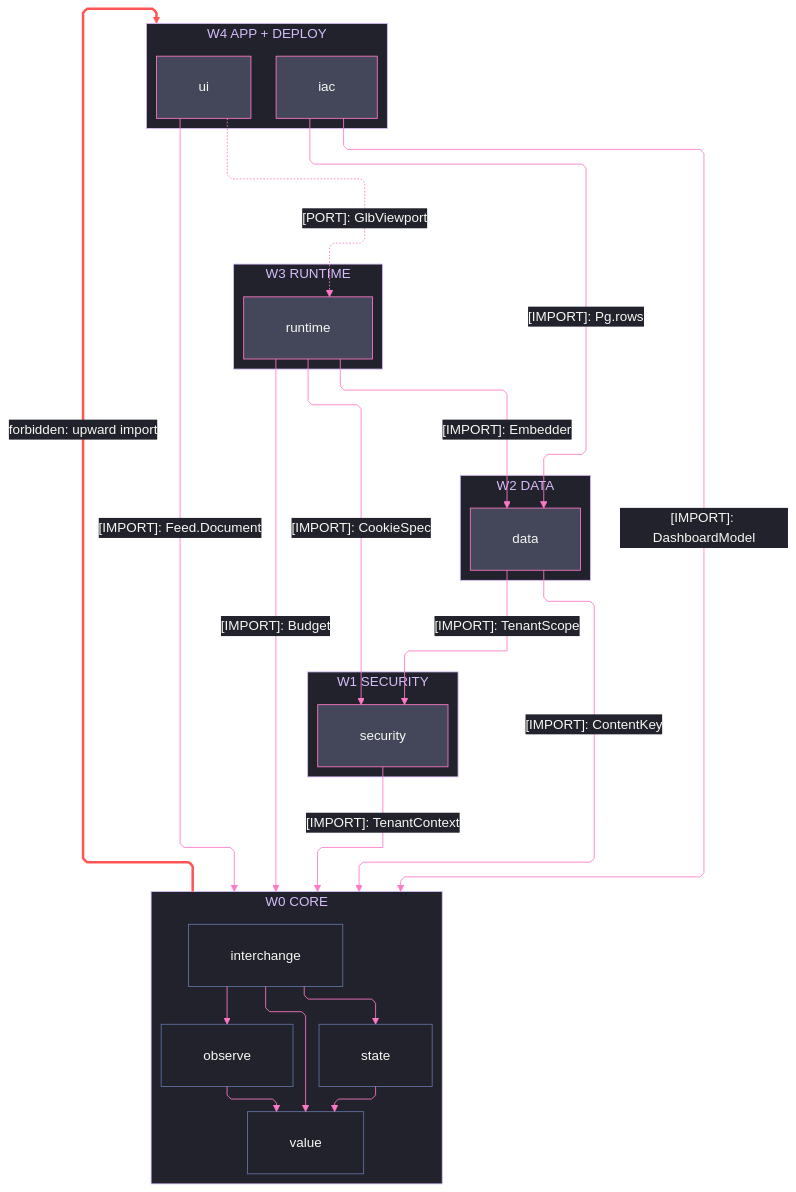
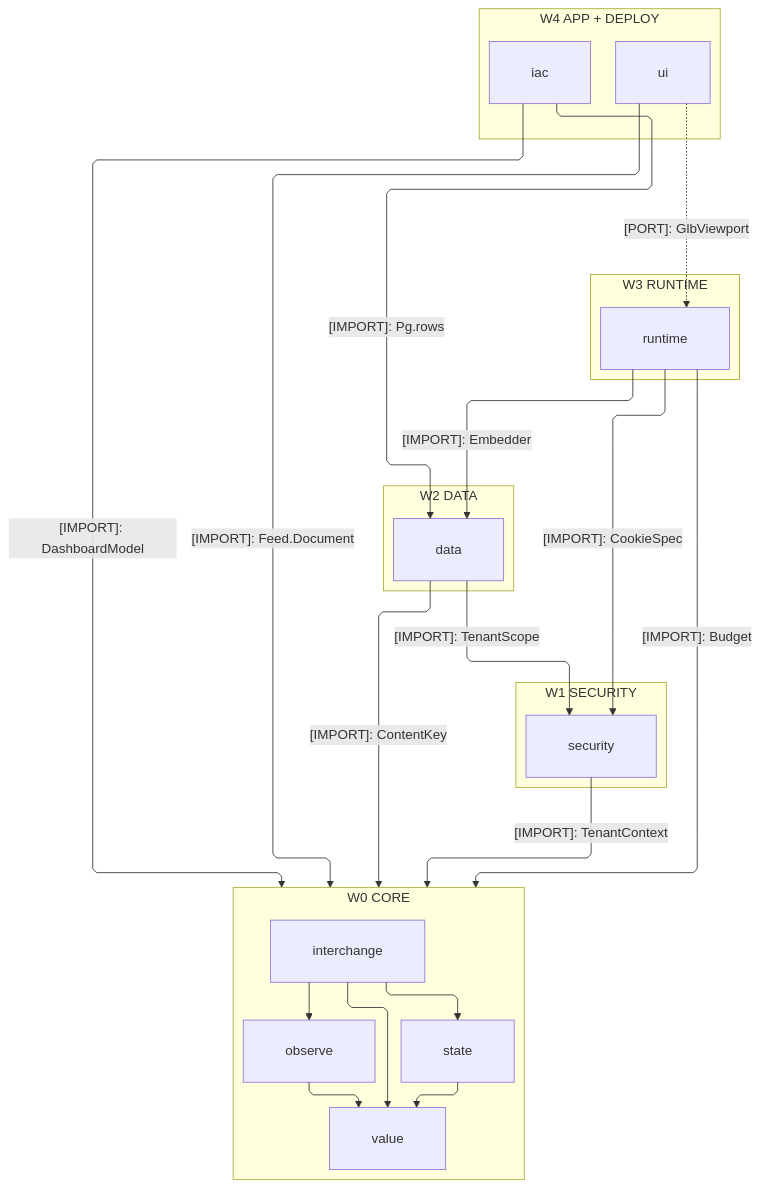
The first of 2 diagrams in libs/typescript/.planning/ARCHITECTURE.md (bsamiee/Rasm), drawn with Mermaid before and after one commit. The commit also changed other lines of this file and 460 other files, not shown here.

````diff
--- a/libs/typescript/.planning/ARCHITECTURE.md
+++ b/libs/typescript/.planning/ARCHITECTURE.md
@@ -27,75 +27,47 @@
 ```mermaid
 ---
 config:
-  theme: base
-  look: classic
   layout: elk
   flowchart:
     curve: linear
     padding: 25
-  themeVariables:
-    darkMode: true
-    fontFamily: "SF Mono, Menlo, Cascadia Mono, Segoe UI Mono, Consolas, monospace"
-    useGradient: false
-    dropShadow: "none"
-    background: "#282A36"
-    primaryColor: "#44475A"
-    primaryTextColor: "#F8F8F2"
-    primaryBorderColor: "#BD93F9"
-    lineColor: "#FF79C6"
-    textColor: "#F8F8F2"
-    clusterBkg: "#21222C"
-    clusterBorder: "#D6BCFA"
-    edgeLabelBackground: "#21222C"
-    labelBackgroundColor: "#21222C"
-    titleColor: "#D6BCFA"
-  themeCSS: ".nodeLabel{font-size:13px;font-weight:500}.edgeLabel{font-size:12px;font-weight:500}.cluster-label .nodeLabel{font-size:13.5px;font-weight:700;letter-spacing:.08em}.edge-thickness-normal{stroke-width:2px}.edge-thickness-thick{stroke-width:3px}.edge-pattern-dashed,.edge-pattern-dotted{stroke-width:1.5px;stroke-dasharray:4 6}.node rect,.node circle,.node polygon,.node path,.node .outer-path{stroke-width:1.5px;filter:none!important}.cluster rect{stroke-width:1px!important;stroke-dasharray:5 4!important;filter:none!important}.marker path{transform:scale(.8);transform-origin:5px 5px}.marker circle{transform:scale(.48);transform-origin:5px 5px}.edgeLabel rect{transform-box:fill-box;transform-origin:center;transform:scale(1.1,1.2)}"
 ---
 flowchart TB
     accTitle: TypeScript branch import strata
-    accDescr: Five import waves — ui and iac over runtime over data over security onto the core foundation — every wave importing downward only, each labeled import naming one sourced surface, iac composing data and core directly, ui reaching runtime through its dashed GlbViewport port binding rather than an import, one forbidden upward edge styled red, and core's interior members state, interchange, and observe composing the value floor with interchange composing all three.
+    accDescr: Five import waves — ui and iac over runtime over data over security onto the core foundation — every wave importing downward only, each labeled import naming one sourced surface, iac composing data and core directly, ui reaching runtime through its dashed GlbViewport port binding rather than an import, and core's interior members state, interchange, and observe composing the value floor with interchange composing all three.
     subgraph W4["W4 APP + DEPLOY"]
         Ui[ui]
         Iac[iac]
     end
     subgraph W3["W3 RUNTIME"]
         Runtime[runtime]
     end
     subgraph W2["W2 DATA"]
         Data[data]
     end
     subgraph W1["W1 SECURITY"]
         Security[security]
     end
     subgraph W0["W0 CORE"]
         Value[value]
         State[state]
         Interchange[interchange]
         Observe[observe]
     end
     Ui e1@-.->|"[PORT]: GlbViewport"| Runtime
     Iac e2@-->|"[IMPORT]: Pg.rows"| Data
     Runtime e3@-->|"[IMPORT]: CookieSpec"| Security
     Runtime e4@-->|"[IMPORT]: Embedder"| Data
     Data e5@-->|"[IMPORT]: TenantScope"| Security
     Ui e6@-->|"[IMPORT]: Feed.Document"| W0
     Iac e7@-->|"[IMPORT]: DashboardModel"| W0
     Runtime e8@-->|"[IMPORT]: Budget"| W0
     Data e9@-->|"[IMPORT]: ContentKey"| W0
     Security e10@-->|"[IMPORT]: TenantContext"| W0
     Ui ~~~ Runtime
-    W0 f1@-->|"forbidden: upward import"| W4
     State i1@--> Value
     Interchange i2@--> Value
     Observe i3@--> Value
     Interchange i4@--> State
     Interchange i5@--> Observe
-    classDef primary fill:#44475A,stroke:#FF79C6,color:#F8F8F2
-    classDef recessed fill:#21222C,stroke:#6272A4,color:#F8F8F2
-    classDef edgeControl stroke:#FF79C6,color:#F8F8F2
-    classDef edgeError stroke:#FF5555,stroke-width:3px,color:#F8F8F2
-    class Ui,Iac,Runtime,Data,Security primary
-    class Value,State,Interchange,Observe recessed
-    class e1,e2,e3,e4,e5,e6,e7,e8,e9,e10,i1,i2,i3,i4,i5 edgeControl
-    class f1 edgeError
 ```
````
